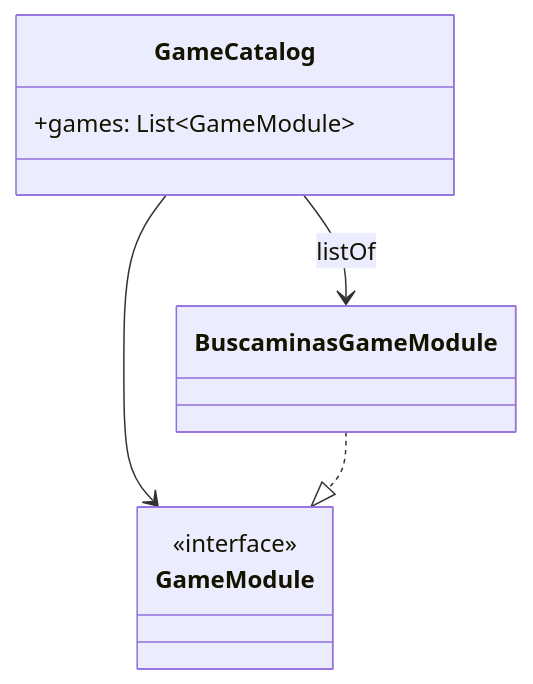
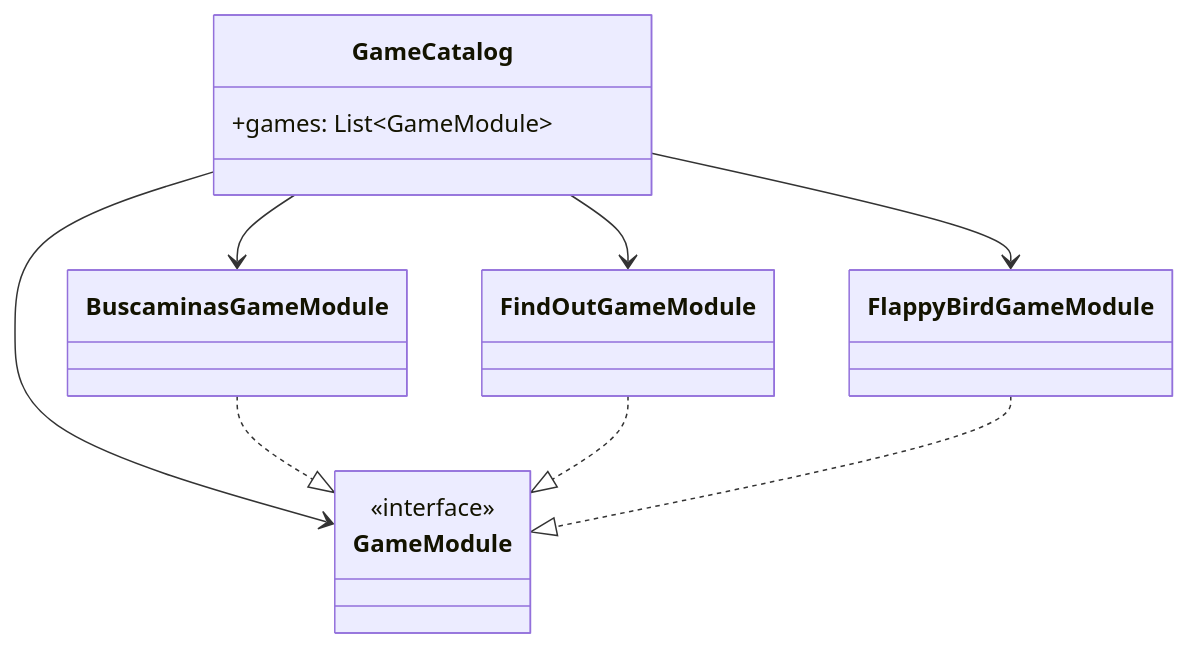
The fifth of 5 diagrams in docs/ESTRUCTURA.md (AlejandroHP17/MiniJuegos), drawn with Mermaid before and after one commit. The commit also changed other lines of this file and 2 other files, not shown here.

First line of the commit message:
docs: actualizar catálogo con Find Out y Flappy Bird

````diff
--- a/docs/ESTRUCTURA.md
+++ b/docs/ESTRUCTURA.md
@@ -100,13 +104,19 @@
 ```mermaid
 classDiagram
   class GameCatalog {
     +games: List~GameModule~
   }
   class GameModule {
     <<interface>>
   }
   class BuscaminasGameModule
+  class FindOutGameModule
+  class FlappyBirdGameModule
   GameCatalog --> GameModule
   BuscaminasGameModule ..|> GameModule
-  GameCatalog --> BuscaminasGameModule : listOf
+  FindOutGameModule ..|> GameModule
+  FlappyBirdGameModule ..|> GameModule
+  GameCatalog --> BuscaminasGameModule
+  GameCatalog --> FindOutGameModule
+  GameCatalog --> FlappyBirdGameModule
 ```
````
